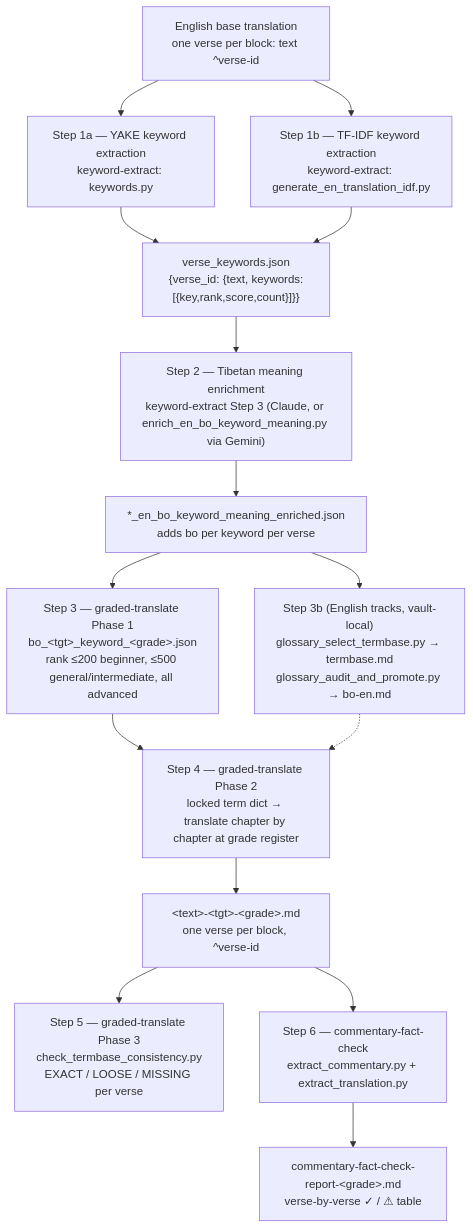
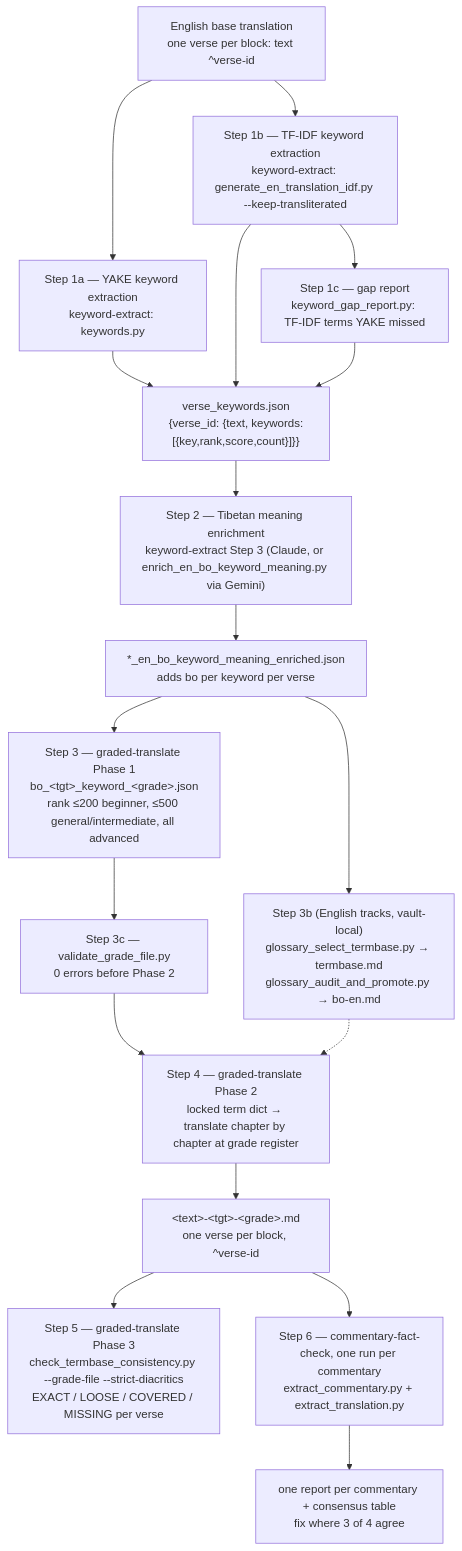
The diagram in rails/graded-translate/PIPELINE.md (Webuddhist-tech/Webuddhist-Skills), drawn with Mermaid before and after one commit. The commit also changed other lines of this file and 5 other files, not shown here.

````diff
--- a/rails/graded-translate/PIPELINE.md
+++ b/rails/graded-translate/PIPELINE.md
@@ -9,28 +9,31 @@
 ```mermaid
 flowchart TD
     A["English base translation<br/>one verse per block: text ^verse-id"]
     B1["Step 1a — YAKE keyword extraction<br/>keyword-extract: keywords.py"]
-    B2["Step 1b — TF-IDF keyword extraction<br/>keyword-extract: generate_en_translation_idf.py"]
+    B2["Step 1b — TF-IDF keyword extraction<br/>keyword-extract: generate_en_translation_idf.py --keep-transliterated"]
+    B3["Step 1c — gap report<br/>keyword_gap_report.py: TF-IDF terms YAKE missed"]
     C["verse_keywords.json<br/>{verse_id: {text, keywords:[{key,rank,score,count}]}}"]
     D["Step 2 — Tibetan meaning enrichment<br/>keyword-extract Step 3 (Claude, or enrich_en_bo_keyword_meaning.py via Gemini)"]
     E["*_en_bo_keyword_meaning_enriched.json<br/>adds bo per keyword per verse"]
     F["Step 3 — graded-translate Phase 1<br/>bo_&lt;tgt&gt;_keyword_&lt;grade&gt;.json<br/>rank ≤200 beginner, ≤500 general/intermediate, all advanced"]
+    V["Step 3c — validate_grade_file.py<br/>0 errors before Phase 2"]
     G["Step 3b (English tracks, vault-local)<br/>glossary_select_termbase.py → termbase.md<br/>glossary_audit_and_promote.py → bo-en.md"]
     H["Step 4 — graded-translate Phase 2<br/>locked term dict → translate chapter by chapter at grade register"]
     I["&lt;text&gt;-&lt;tgt&gt;-&lt;grade&gt;.md<br/>one verse per block, ^verse-id"]
-    J["Step 5 — graded-translate Phase 3<br/>check_termbase_consistency.py<br/>EXACT / LOOSE / MISSING per verse"]
-    K["Step 6 — commentary-fact-check<br/>extract_commentary.py + extract_translation.py"]
-    L["commentary-fact-check-report-&lt;grade&gt;.md<br/>verse-by-verse ✓ / ⚠ table"]
+    J["Step 5 — graded-translate Phase 3<br/>check_termbase_consistency.py --grade-file --strict-diacritics<br/>EXACT / LOOSE / COVERED / MISSING per verse"]
+    K["Step 6 — commentary-fact-check, one run per commentary<br/>extract_commentary.py + extract_translation.py"]
+    L["one report per commentary + consensus table<br/>fix where 3 of 4 agree"]
 
     A --> B1 --> C
     A --> B2 --> C
+    B2 --> B3 --> C
     C --> D --> E
     E --> F
     E --> G
-    F --> H
+    F --> V --> H
     G -.-> H
     H --> I
     I --> J
     I --> K
     K --> L
 ```
````
